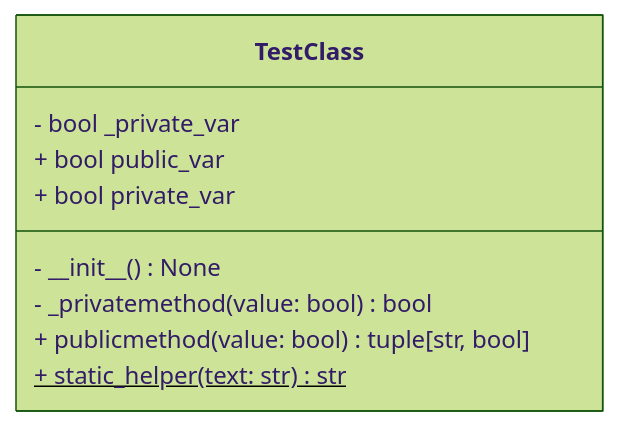
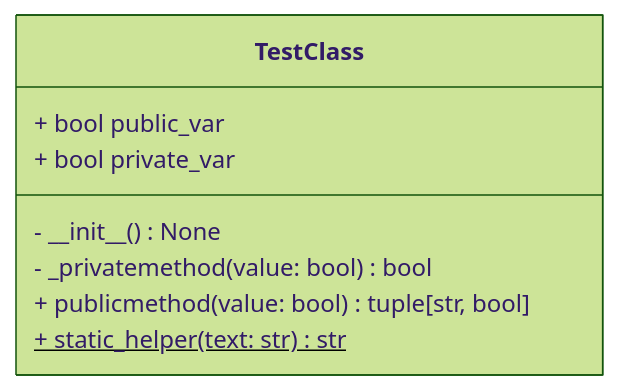
Before and after one commit to FabianGnatzig/MermaidGenerator: the second of 5 diagrams in class_diagrams.md, drawn with Mermaid (forest theme). The commit also changed 1 other file, not shown here.

Commit message:
fix: remove backing field when @property with same name exists
When a @property named `foo` is encountered, suppress `_foo` from
the attributes list to avoid showing the same data twice.

````diff
--- a/class_diagrams.md
+++ b/class_diagrams.md
@@ -27,12 +27,11 @@
 ```mermaid
 classDiagram
     class TestClass {
-- bool \_private\_var
 + bool public\_var
 + bool private\_var
 - \_\_init\_\_() None
 - \_privatemethod(value: bool) bool
 + publicmethod(value: bool) tuple[str, bool]
 + static\_helper(text: str) str $
 }
 ```
````
